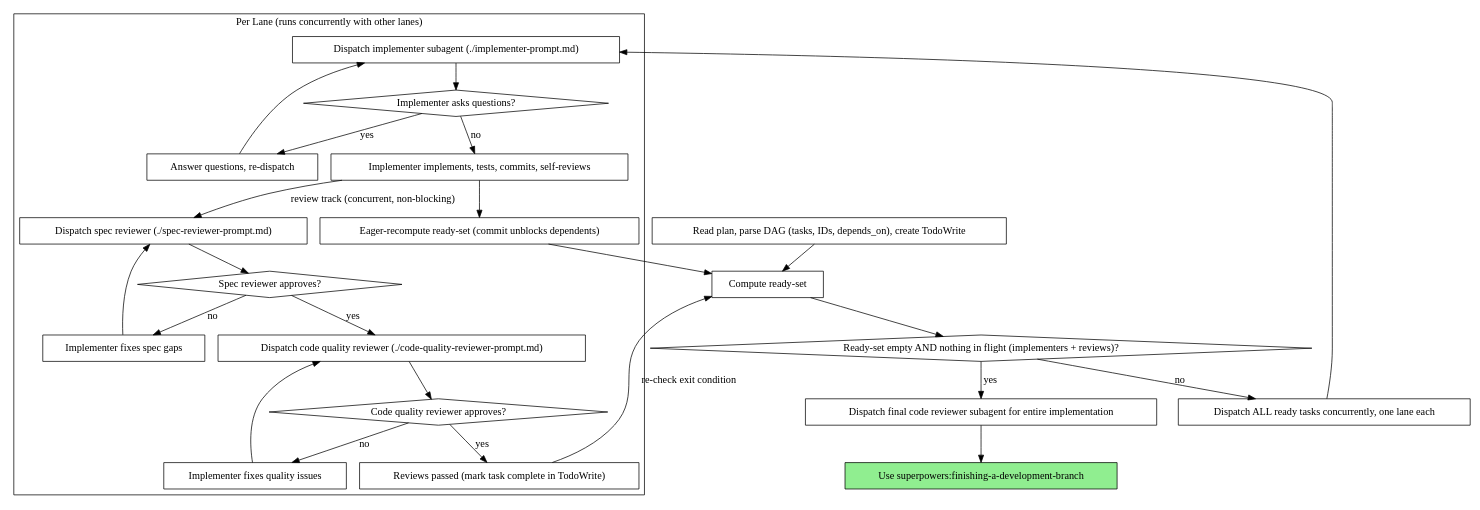
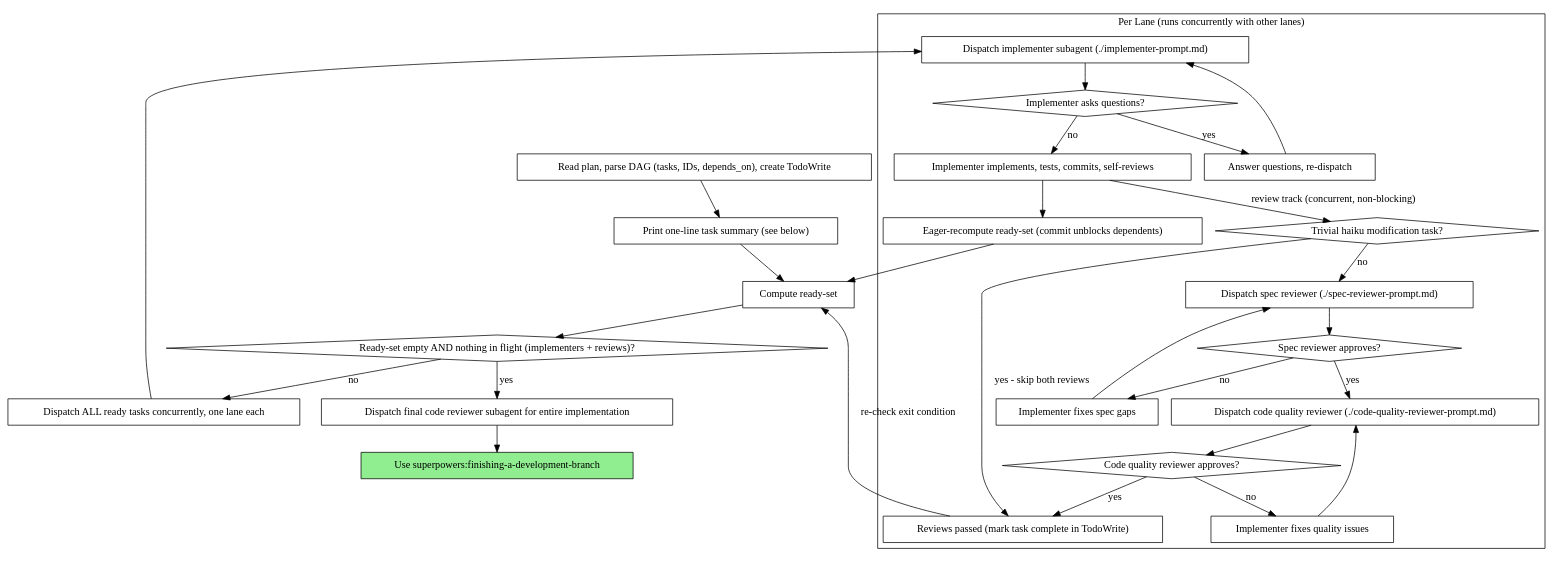
The second of 2 diagrams in skills/subagent-driven-development/SKILL.md (kimjg1119/superpowers), drawn with Graphviz before and after one commit. The commit also changed other lines of this file and 3 other files, not shown here.

````diff
--- a/skills/subagent-driven-development/SKILL.md
+++ b/skills/subagent-driven-development/SKILL.md
@@ -45,55 +45,60 @@
 ```dot
 digraph process {
     rankdir=TB;
 
     "Read plan, parse DAG (tasks, IDs, depends_on), create TodoWrite" [shape=box];
+    "Print one-line task summary (see below)" [shape=box];
     "Compute ready-set" [shape=box];
     "Ready-set empty AND nothing in flight (implementers + reviews)?" [shape=diamond];
     "Dispatch ALL ready tasks concurrently, one lane each" [shape=box];
     "Dispatch final code reviewer subagent for entire implementation" [shape=box];
     "Use superpowers:finishing-a-development-branch" [shape=box style=filled fillcolor=lightgreen];
 
     subgraph cluster_lane {
         label="Per Lane (runs concurrently with other lanes)";
         "Dispatch implementer subagent (./implementer-prompt.md)" [shape=box];
         "Implementer asks questions?" [shape=diamond];
         "Answer questions, re-dispatch" [shape=box];
         "Implementer implements, tests, commits, self-reviews" [shape=box];
         "Eager-recompute ready-set (commit unblocks dependents)" [shape=box];
+        "Trivial haiku modification task?" [shape=diamond];
         "Dispatch spec reviewer (./spec-reviewer-prompt.md)" [shape=box];
         "Spec reviewer approves?" [shape=diamond];
         "Implementer fixes spec gaps" [shape=box];
         "Dispatch code quality reviewer (./code-quality-reviewer-prompt.md)" [shape=box];
         "Code quality reviewer approves?" [shape=diamond];
         "Implementer fixes quality issues" [shape=box];
         "Reviews passed (mark task complete in TodoWrite)" [shape=box];
     }
 
-    "Read plan, parse DAG (tasks, IDs, depends_on), create TodoWrite" -> "Compute ready-set";
+    "Read plan, parse DAG (tasks, IDs, depends_on), create TodoWrite" -> "Print one-line task summary (see below)";
+    "Print one-line task summary (see below)" -> "Compute ready-set";
     "Compute ready-set" -> "Ready-set empty AND nothing in flight (implementers + reviews)?";
     "Ready-set empty AND nothing in flight (implementers + reviews)?" -> "Dispatch final code reviewer subagent for entire implementation" [label="yes"];
     "Ready-set empty AND nothing in flight (implementers + reviews)?" -> "Dispatch ALL ready tasks concurrently, one lane each" [label="no"];
     "Dispatch ALL ready tasks concurrently, one lane each" -> "Dispatch implementer subagent (./implementer-prompt.md)";
 
     "Dispatch implementer subagent (./implementer-prompt.md)" -> "Implementer asks questions?";
     "Implementer asks questions?" -> "Answer questions, re-dispatch" [label="yes"];
     "Answer questions, re-dispatch" -> "Dispatch implementer subagent (./implementer-prompt.md)";
     "Implementer asks questions?" -> "Implementer implements, tests, commits, self-reviews" [label="no"];
 
     "Implementer implements, tests, commits, self-reviews" -> "Eager-recompute ready-set (commit unblocks dependents)";
     "Eager-recompute ready-set (commit unblocks dependents)" -> "Compute ready-set";
-    "Implementer implements, tests, commits, self-reviews" -> "Dispatch spec reviewer (./spec-reviewer-prompt.md)" [label="review track (concurrent, non-blocking)"];
+    "Implementer implements, tests, commits, self-reviews" -> "Trivial haiku modification task?" [label="review track (concurrent, non-blocking)"];
+    "Trivial haiku modification task?" -> "Reviews passed (mark task complete in TodoWrite)" [label="yes - skip both reviews"];
+    "Trivial haiku modification task?" -> "Dispatch spec reviewer (./spec-reviewer-prompt.md)" [label="no"];
 
     "Dispatch spec reviewer (./spec-reviewer-prompt.md)" -> "Spec reviewer approves?";
     "Spec reviewer approves?" -> "Implementer fixes spec gaps" [label="no"];
     "Implementer fixes spec gaps" -> "Dispatch spec reviewer (./spec-reviewer-prompt.md)";
     "Spec reviewer approves?" -> "Dispatch code quality reviewer (./code-quality-reviewer-prompt.md)" [label="yes"];
     "Dispatch code quality reviewer (./code-quality-reviewer-prompt.md)" -> "Code quality reviewer approves?";
     "Code quality reviewer approves?" -> "Implementer fixes quality issues" [label="no"];
     "Implementer fixes quality issues" -> "Dispatch code quality reviewer (./code-quality-reviewer-prompt.md)";
     "Code quality reviewer approves?" -> "Reviews passed (mark task complete in TodoWrite)" [label="yes"];
     "Reviews passed (mark task complete in TodoWrite)" -> "Compute ready-set" [label="re-check exit condition"];
 
     "Dispatch final code reviewer subagent for entire implementation" -> "Use superpowers:finishing-a-development-branch";
 }
 ```
````
